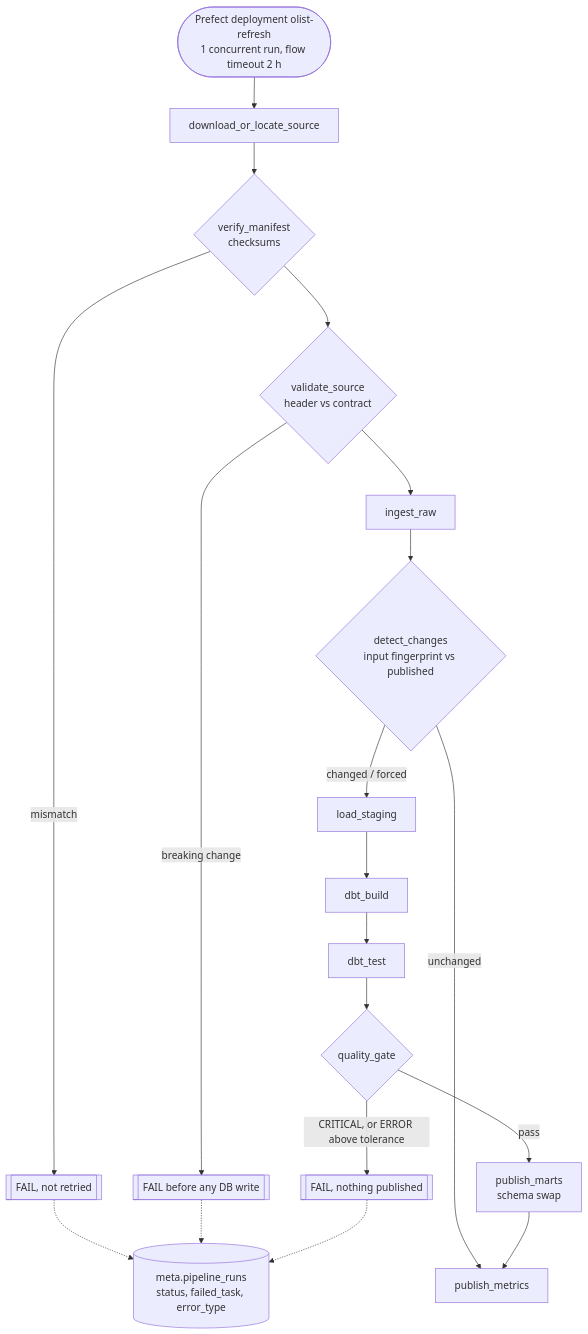
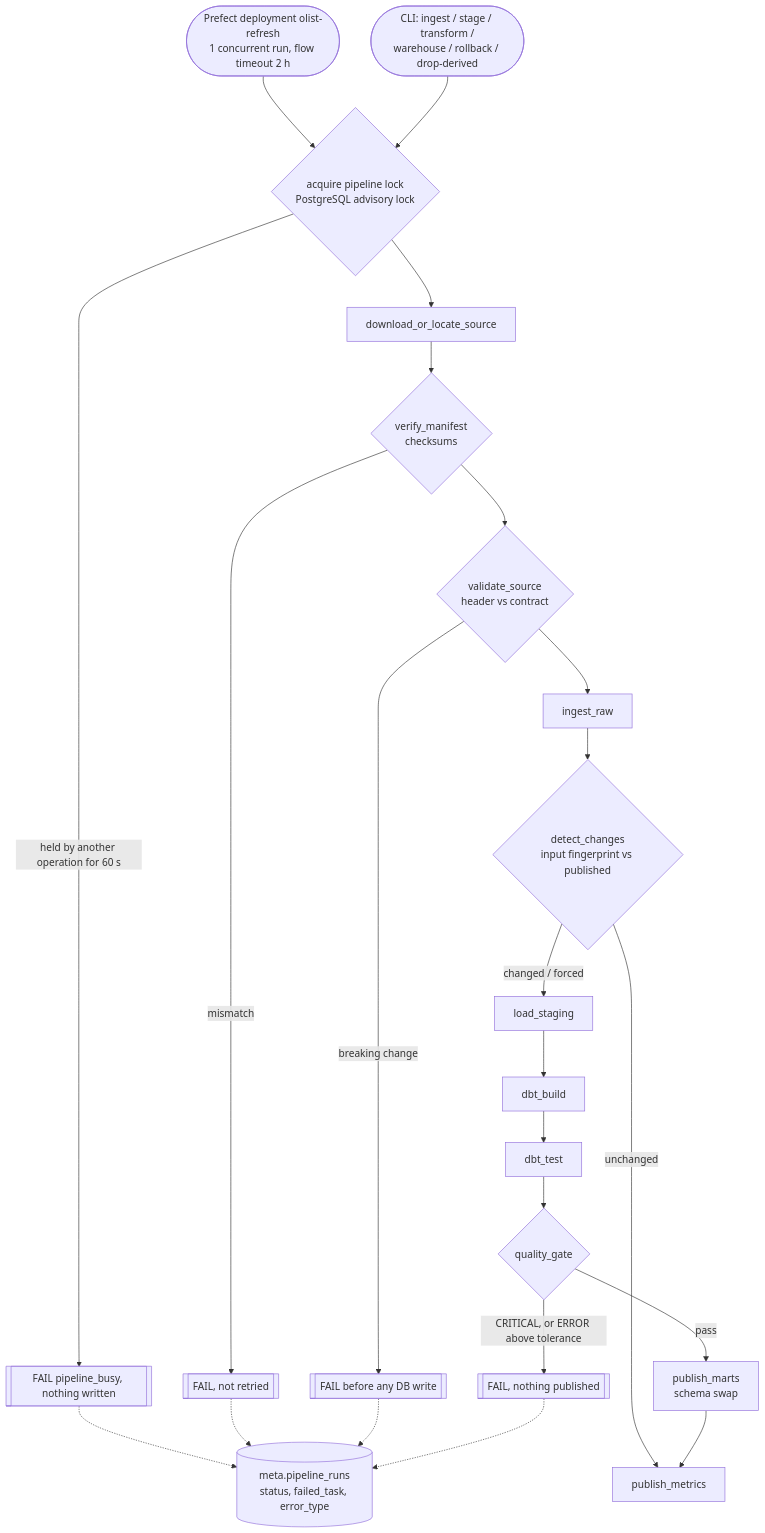
One commit to DanieleBrignani/olist-data-platform changed the second of 3 diagrams in docs/architecture.md. Above: the diagram before and after it, drawn with Mermaid. The commit also changed other lines of this file and 22 other files, not shown here.

````diff
--- a/docs/architecture.md
+++ b/docs/architecture.md
@@ -52,17 +52,20 @@
 ```mermaid
 flowchart TD
-    S(["Prefect deployment olist-refresh<br/>1 concurrent run, flow timeout 2 h"]) --> D[download_or_locate_source]
+    S(["Prefect deployment olist-refresh<br/>1 concurrent run, flow timeout 2 h"]) --> LK{"acquire pipeline lock<br/>PostgreSQL advisory lock"}
+    CLI(["CLI: ingest / stage / transform /<br/>warehouse / rollback / drop-derived"]) --> LK
+    LK -->|"held by another operation for 60 s"| X0[["FAIL pipeline_busy, nothing written"]]
+    LK --> D[download_or_locate_source]
     D --> V{"verify_manifest<br/>checksums"}
     V -->|mismatch| X1[["FAIL, not retried"]]
     V --> SC{"validate_source<br/>header vs contract"}
     SC -->|breaking change| X2[["FAIL before any DB write"]]
     SC --> I[ingest_raw]
     I --> CD{"detect_changes<br/>input fingerprint vs published"}
     CD -->|unchanged| M
     CD -->|"changed / forced"| ST[load_staging]
     ST --> DB[dbt_build] --> DT[dbt_test] --> G{quality_gate}
     G -->|"CRITICAL, or ERROR above tolerance"| X3[["FAIL, nothing published"]]
     G -->|pass| P["publish_marts<br/>schema swap"]
     P --> M[publish_metrics]
-    X1 & X2 & X3 -.-> R[("meta.pipeline_runs<br/>status, failed_task, error_type")]
+    X0 & X1 & X2 & X3 -.-> R[("meta.pipeline_runs<br/>status, failed_task, error_type")]
 ```
````
